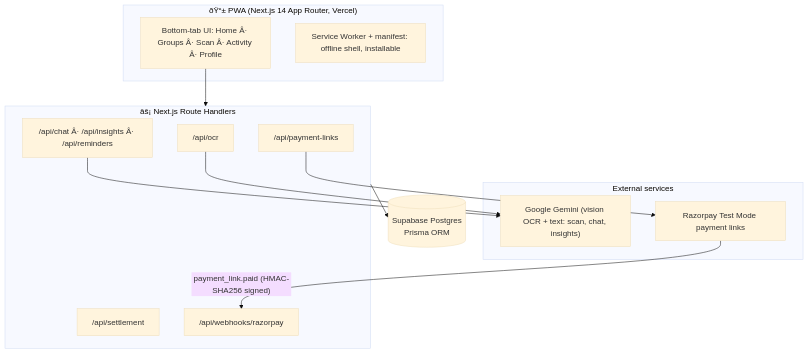
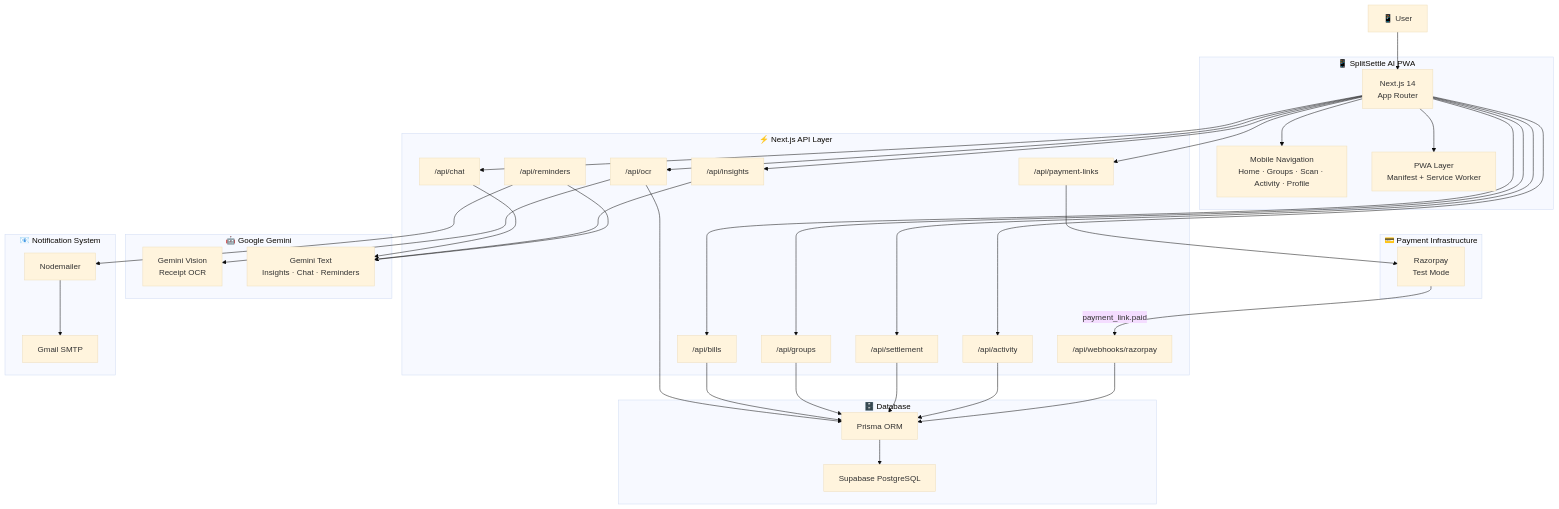
Before and after one commit to Bharath-hax/Smart-split-AI: the first of 4 diagrams in README.md, drawn with Mermaid (base theme). The commit also changed other lines of this file, not shown here.

````diff
--- a/README.md
+++ b/README.md
@@ -53,29 +119,76 @@
 ```mermaid
-graph TB
-    subgraph Phone["ðŸ“± PWA (Next.js 14 App Router, Vercel)"]
-        UI["Bottom-tab UI: Home Â· Groups Â· Scan Â· Activity Â· Profile"]
-        SW["Service Worker + manifest: offline shell, installable"]
+flowchart TB
+
+    USER["📱 User"]
+
+    subgraph FRONTEND["📱 SplitSettle AI PWA"]
+        UI["Next.js 14<br/>App Router"]
+        NAV["Mobile Navigation<br/>Home · Groups · Scan · Activity · Profile"]
+        PWA["PWA Layer<br/>Manifest + Service Worker"]
     end
 
-    subgraph API["âš¡ Next.js Route Handlers"]
+    subgraph BACKEND["⚡ Next.js API Layer"]
         OCR["/api/ocr"]
-        SETTLE["/api/settlement"]
-        LINKS["/api/payment-links"]
+        BILLS["/api/bills"]
+        GROUPS["/api/groups"]
+        SETTLEMENT["/api/settlement"]
+        PAYMENTS["/api/payment-links"]
         WEBHOOK["/api/webhooks/razorpay"]
-        CHAT["/api/chat Â· /api/insights Â· /api/reminders"]
+        CHAT["/api/chat"]
+        INSIGHTS["/api/insights"]
+        REMINDERS["/api/reminders"]
+        ACTIVITY["/api/activity"]
     end
 
-    subgraph Ext["External services"]
-        GEM["Google Gemini (vision OCR + text: scan, chat, insights)"]
-        RZP["Razorpay Test Mode payment links"]
+    subgraph DATABASE["🗄️ Database"]
+        PRISMA["Prisma ORM"]
+        POSTGRES["Supabase PostgreSQL"]
     end
 
-    DB[("Supabase Postgres<br/>Prisma ORM")]
+    subgraph AI["🤖 Google Gemini"]
+        VISION["Gemini Vision<br/>Receipt OCR"]
+        AI_TEXT["Gemini Text<br/>Insights · Chat · Reminders"]
+    end
 
-    UI --> API
-    OCR --> GEM
-    CHAT --> GEM
-    LINKS --> RZP
-    RZP -- "payment_link.paid (HMAC-SHA256 signed)" --> WEBHOOK
-    API --> DB
+    subgraph PAY["💳 Payment Infrastructure"]
+        RAZORPAY["Razorpay<br/>Test Mode"]
+    end
+
+    subgraph EMAIL["📧 Notification System"]
+        SMTP["Nodemailer"]
+        GMAIL["Gmail SMTP"]
+    end
+
+    USER --> UI
+    UI --> NAV
+    UI --> PWA
+
+    UI --> OCR
+    UI --> BILLS
+    UI --> GROUPS
+    UI --> SETTLEMENT
+    UI --> PAYMENTS
+    UI --> CHAT
+    UI --> INSIGHTS
+    UI --> ACTIVITY
+
+    OCR --> VISION
+    CHAT --> AI_TEXT
+    INSIGHTS --> AI_TEXT
+    REMINDERS --> AI_TEXT
+
+    OCR --> PRISMA
+    BILLS --> PRISMA
+    GROUPS --> PRISMA
+    SETTLEMENT --> PRISMA
+    ACTIVITY --> PRISMA
+
+    PRISMA --> POSTGRES
+
+    PAYMENTS --> RAZORPAY
+    RAZORPAY -->|"payment_link.paid"| WEBHOOK
+    WEBHOOK --> PRISMA
+
+    REMINDERS --> SMTP
+    SMTP --> GMAIL
 ```
````
